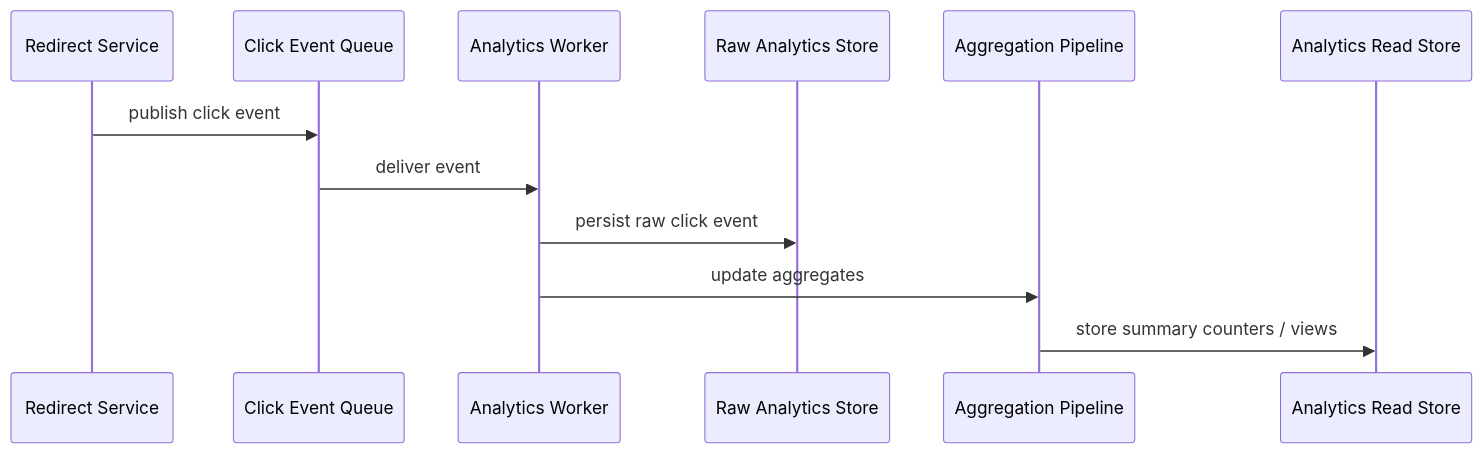
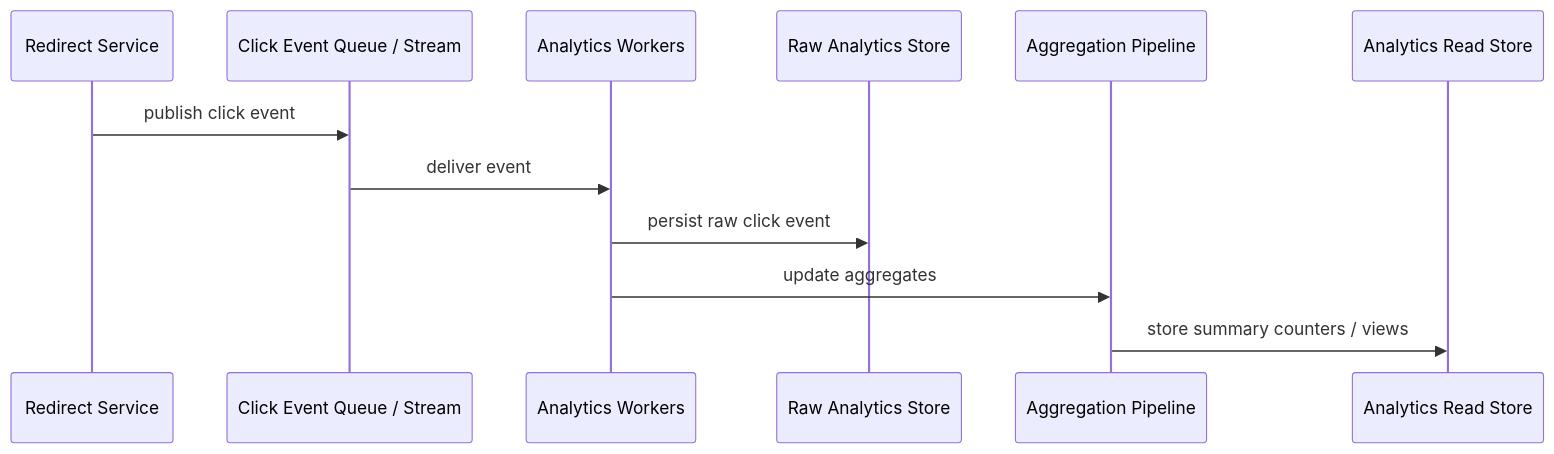
One commit to hitman-abhi/system-design-guide changed the fourth of 4 diagrams in Case-Studies/tinyurl/tinyUrl.md. Above: the diagram before and after it, drawn with Mermaid. The commit also changed other lines of this file and 9 other files, not shown here.

````diff
--- a/Case-Studies/tinyurl/tinyUrl.md
+++ b/Case-Studies/tinyurl/tinyUrl.md
@@ -418,15 +400,15 @@
 ```mermaid
 sequenceDiagram
     participant RS as Redirect Service
-    participant MQ as Click Event Queue
-    participant W as Analytics Worker
+    participant MQ as Click Event Queue / Stream
+    participant W as Analytics Workers
     participant RAW as Raw Analytics Store
     participant AGG as Aggregation Pipeline
     participant VIEW as Analytics Read Store
 
     RS->>MQ: publish click event
     MQ->>W: deliver event
     W->>RAW: persist raw click event
     W->>AGG: update aggregates
     AGG->>VIEW: store summary counters / views
 ```
````
